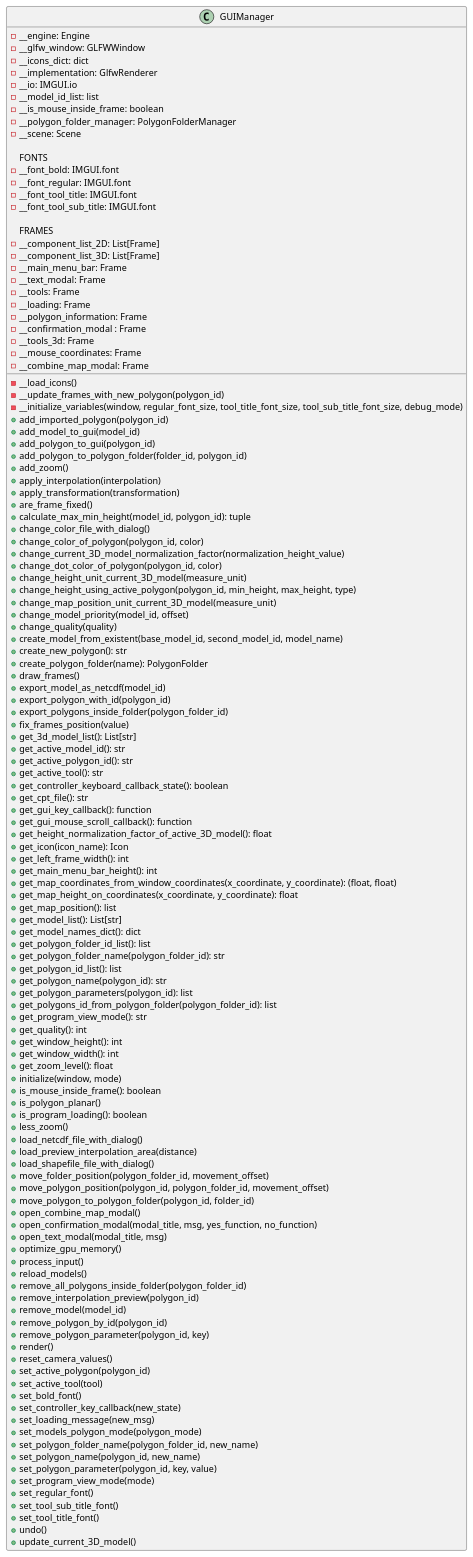
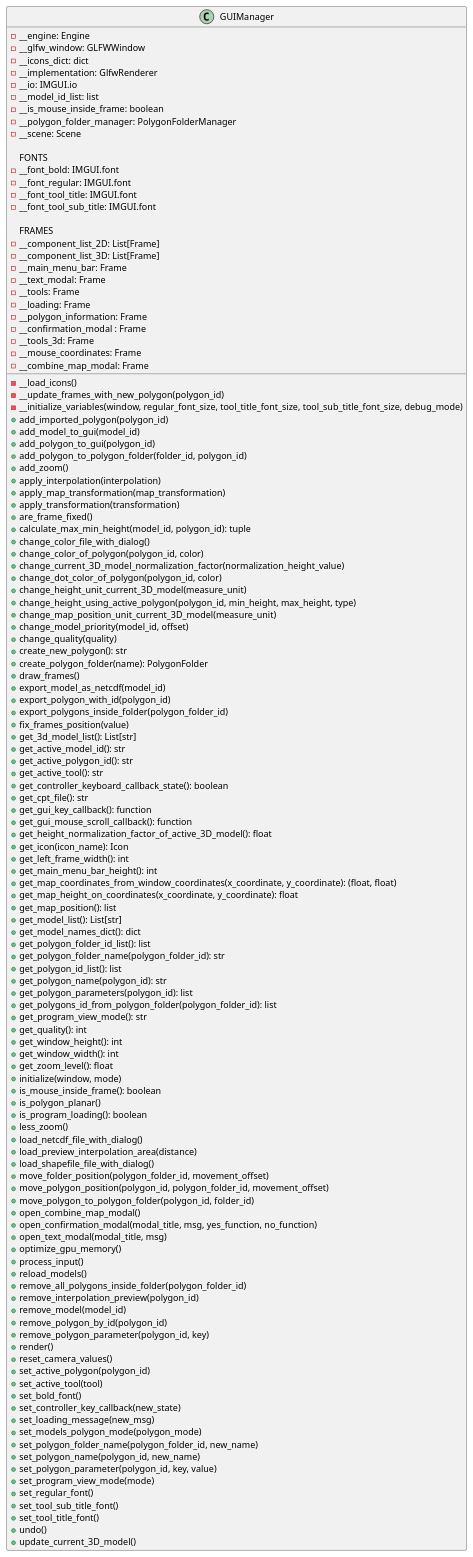
Before and after one commit to ferpoble2/Relief_Creator: the diagram in docs/classes/GUIManager.puml, drawn with PlantUML. The commit also changed 36 other files, not shown here.

First line of the commit message:
Added map_transformation module. (#13)

```diff
--- a/docs/classes/GUIManager.puml
+++ b/docs/classes/GUIManager.puml
@@ -1,130 +1,130 @@
 @startuml
 'https://plantuml.com/class-diagram
 class GUIManager{
     - __engine: Engine
     - __glfw_window: GLFWWindow
     - __icons_dict: dict
     - __implementation: GlfwRenderer
     - __io: IMGUI.io
     - __model_id_list: list
     - __is_mouse_inside_frame: boolean
     - __polygon_folder_manager: PolygonFolderManager
     - __scene: Scene
 
     FONTS
     - __font_bold: IMGUI.font
     - __font_regular: IMGUI.font
     - __font_tool_title: IMGUI.font
     - __font_tool_sub_title: IMGUI.font
 
     FRAMES
     - __component_list_2D: List[Frame]
     - __component_list_3D: List[Frame]
     - __main_menu_bar: Frame
     - __text_modal: Frame
     - __tools: Frame
     - __loading: Frame
     - __polygon_information: Frame
     - __confirmation_modal : Frame
     - __tools_3d: Frame
     - __mouse_coordinates: Frame
     - __combine_map_modal: Frame
 
     - __load_icons()
     - __update_frames_with_new_polygon(polygon_id)
     - __initialize_variables(window, regular_font_size, tool_title_font_size, tool_sub_title_font_size, debug_mode)
     + add_imported_polygon(polygon_id)
     + add_model_to_gui(model_id)
     + add_polygon_to_gui(polygon_id)
     + add_polygon_to_polygon_folder(folder_id, polygon_id)
     + add_zoom()
     + apply_interpolation(interpolation)
+    + apply_map_transformation(map_transformation)
     + apply_transformation(transformation)
     + are_frame_fixed()
     + calculate_max_min_height(model_id, polygon_id): tuple
     + change_color_file_with_dialog()
     + change_color_of_polygon(polygon_id, color)
     + change_current_3D_model_normalization_factor(normalization_height_value)
     + change_dot_color_of_polygon(polygon_id, color)
     + change_height_unit_current_3D_model(measure_unit)
     + change_height_using_active_polygon(polygon_id, min_height, max_height, type)
     + change_map_position_unit_current_3D_model(measure_unit)
     + change_model_priority(model_id, offset)
     + change_quality(quality)
-    + create_model_from_existent(base_model_id, second_model_id, model_name)
     + create_new_polygon(): str
     + create_polygon_folder(name): PolygonFolder
     + draw_frames()
     + export_model_as_netcdf(model_id)
     + export_polygon_with_id(polygon_id)
     + export_polygons_inside_folder(polygon_folder_id)
     + fix_frames_position(value)
     + get_3d_model_list(): List[str]
     + get_active_model_id(): str
     + get_active_polygon_id(): str
     + get_active_tool(): str
     + get_controller_keyboard_callback_state(): boolean
     + get_cpt_file(): str
     + get_gui_key_callback(): function
     + get_gui_mouse_scroll_callback(): function
     + get_height_normalization_factor_of_active_3D_model(): float
     + get_icon(icon_name): Icon
     + get_left_frame_width(): int
     + get_main_menu_bar_height(): int
     + get_map_coordinates_from_window_coordinates(x_coordinate, y_coordinate): (float, float)
     + get_map_height_on_coordinates(x_coordinate, y_coordinate): float
     + get_map_position(): list
     + get_model_list(): List[str]
     + get_model_names_dict(): dict
     + get_polygon_folder_id_list(): list
     + get_polygon_folder_name(polygon_folder_id): str
     + get_polygon_id_list(): list
     + get_polygon_name(polygon_id): str
     + get_polygon_parameters(polygon_id): list
     + get_polygons_id_from_polygon_folder(polygon_folder_id): list
     + get_program_view_mode(): str
     + get_quality(): int
     + get_window_height(): int
     + get_window_width(): int
     + get_zoom_level(): float
     + initialize(window, mode)
     + is_mouse_inside_frame(): boolean
     + is_polygon_planar()
     + is_program_loading(): boolean
     + less_zoom()
     + load_netcdf_file_with_dialog()
     + load_preview_interpolation_area(distance)
     + load_shapefile_file_with_dialog()
     + move_folder_position(polygon_folder_id, movement_offset)
     + move_polygon_position(polygon_id, polygon_folder_id, movement_offset)
     + move_polygon_to_polygon_folder(polygon_id, folder_id)
     + open_combine_map_modal()
     + open_confirmation_modal(modal_title, msg, yes_function, no_function)
     + open_text_modal(modal_title, msg)
     + optimize_gpu_memory()
     + process_input()
     + reload_models()
     + remove_all_polygons_inside_folder(polygon_folder_id)
     + remove_interpolation_preview(polygon_id)
     + remove_model(model_id)
     + remove_polygon_by_id(polygon_id)
     + remove_polygon_parameter(polygon_id, key)
     + render()
     + reset_camera_values()
     + set_active_polygon(polygon_id)
     + set_active_tool(tool)
     + set_bold_font()
     + set_controller_key_callback(new_state)
     + set_loading_message(new_msg)
     + set_models_polygon_mode(polygon_mode)
     + set_polygon_folder_name(polygon_folder_id, new_name)
     + set_polygon_name(polygon_id, new_name)
     + set_polygon_parameter(polygon_id, key, value)
     + set_program_view_mode(mode)
     + set_regular_font()
     + set_tool_sub_title_font()
     + set_tool_title_font()
     + undo()
     + update_current_3D_model()
 }
 @enduml
```
